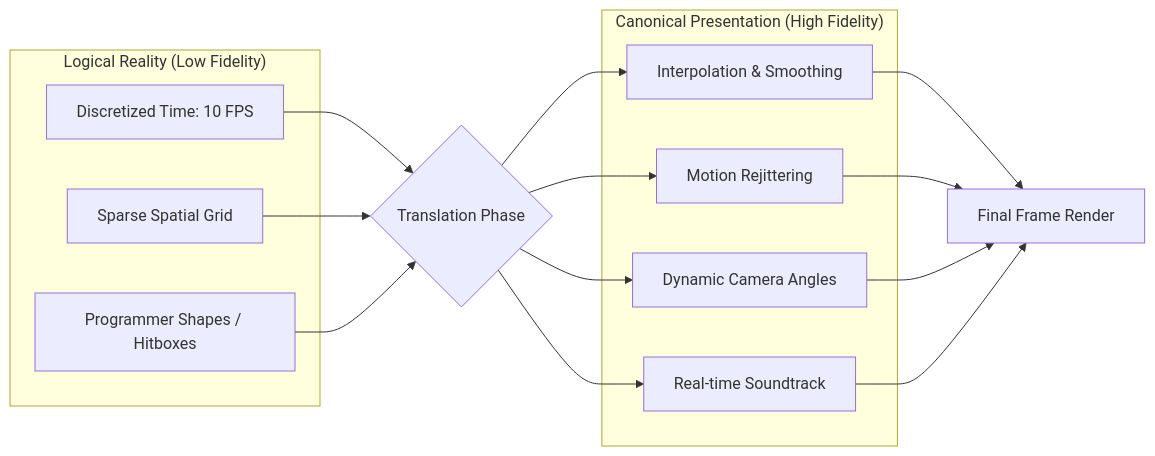
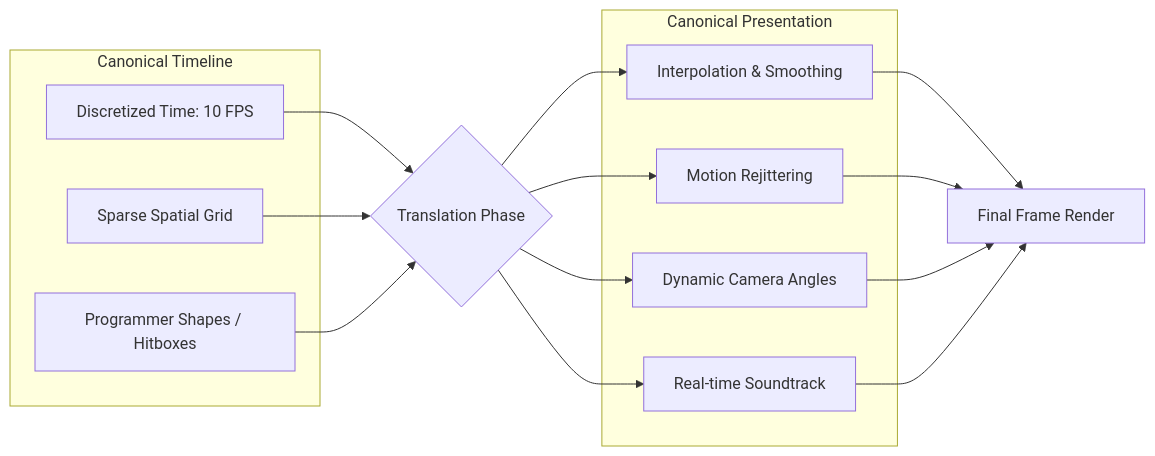
Before and after one commit to SamiPerttu/funtor: the fourth of 7 diagrams in README.md, drawn with Mermaid. The commit also changed other lines of this file, not shown here.

````diff
--- a/README.md
+++ b/README.md
@@ -275,24 +275,24 @@
 ```mermaid
   graph LR
-    subgraph "Logical Reality (Low Fidelity)"
+    subgraph "Canonical Timeline"
     A[Discretized Time: 10 FPS]
     B[Sparse Spatial Grid]
     C[Programmer Shapes / Hitboxes]
     end
 
     A & B & C --> D{Translation Phase}
 
-    subgraph "Canonical Presentation (High Fidelity)"
+    subgraph "Canonical Presentation"
     E[Interpolation & Smoothing]
     F[Motion Rejittering]
     G[Dynamic Camera Angles]
     H[Real-time Soundtrack]
     end
 
     D --> E
     D --> F
     D --> G
     D --> H
     
     E & F & G & H --> I[Final Frame Render]
 ```
````
